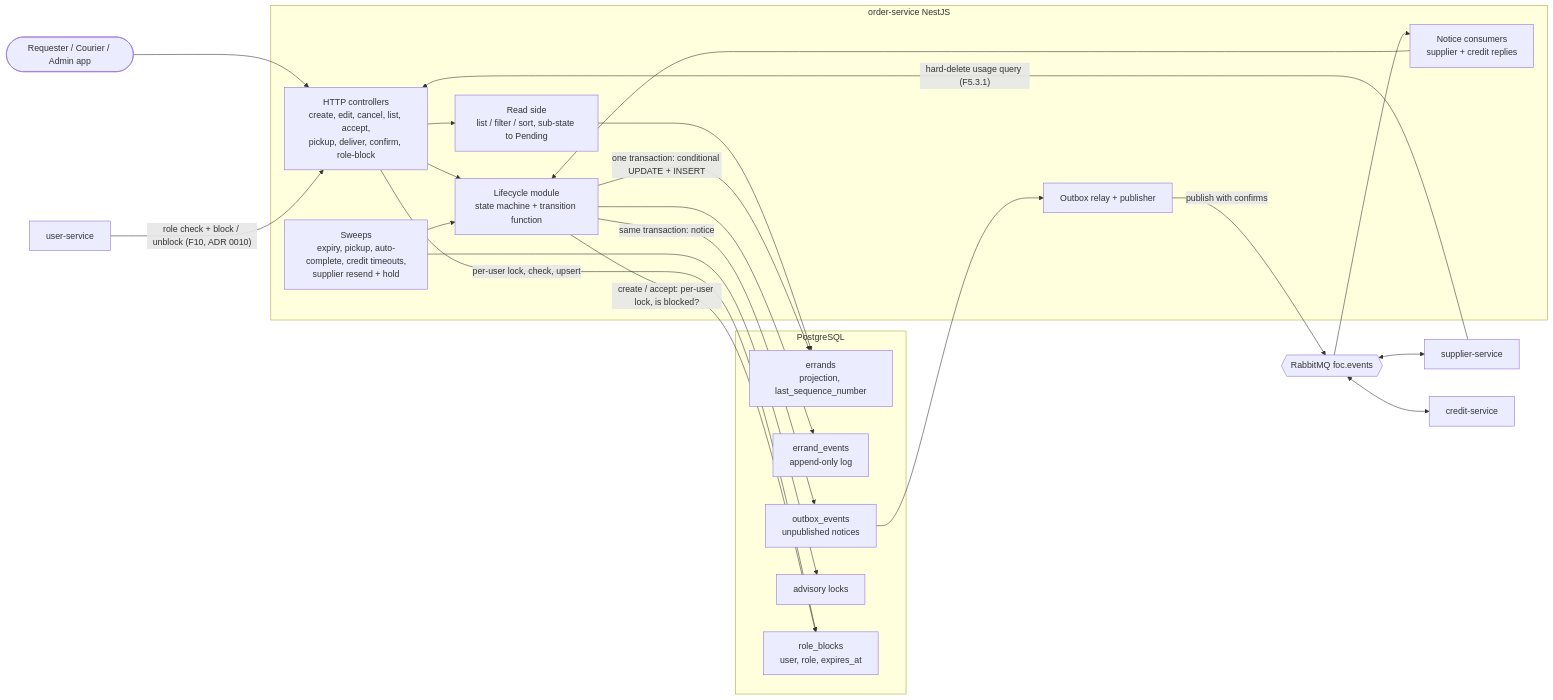
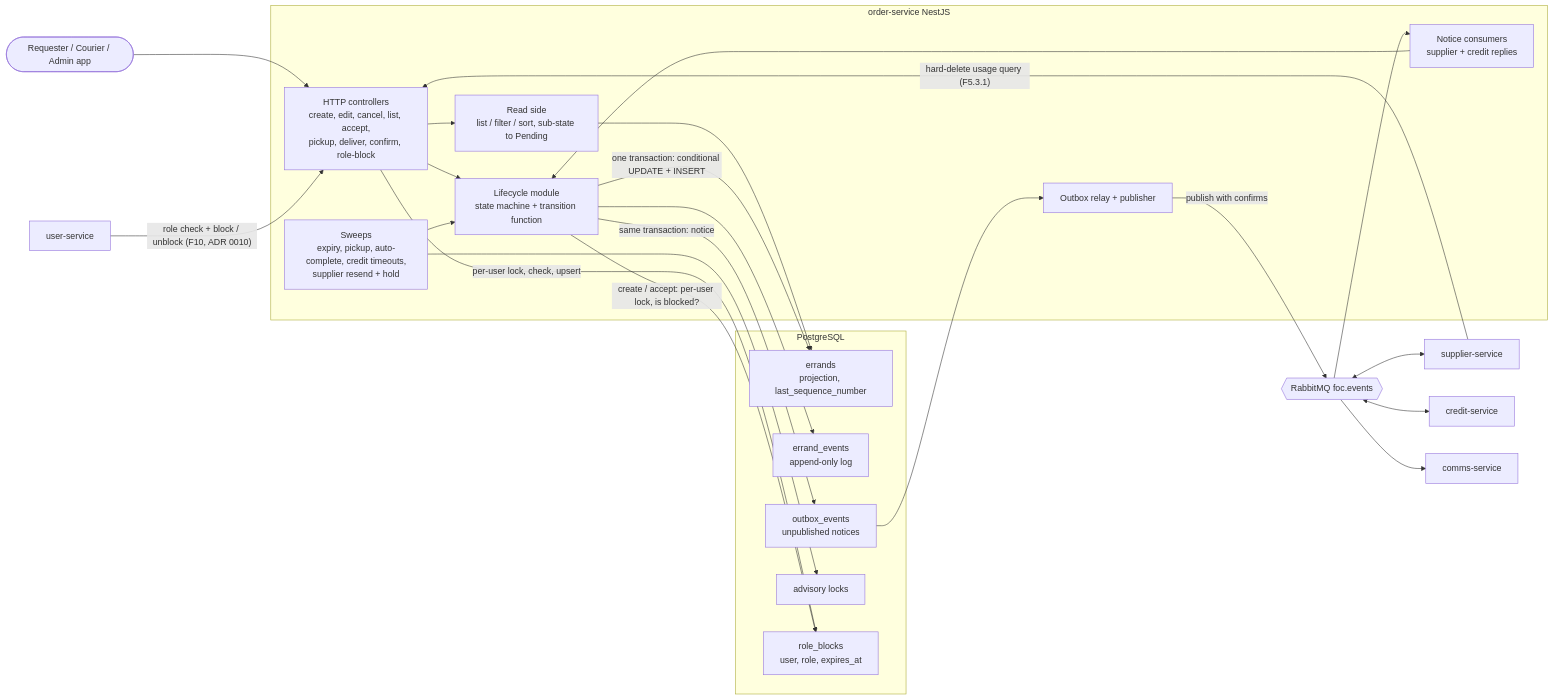
One commit to AY2627S1-CS3219-P27/FoC changed the first of 4 diagrams in order-service/ARCHITECTURE.md. Above: the diagram before and after it, drawn with Mermaid. The commit also changed other lines of this file and 8 other files, not shown here.

````diff
--- a/order-service/ARCHITECTURE.md
+++ b/order-service/ARCHITECTURE.md
@@ -7,46 +7,48 @@
 ```mermaid
 flowchart LR
   Client([Requester / Courier / Admin app])
   User[user-service]
   Supplier[supplier-service]
   Credit[credit-service]
+  Comms[comms-service]
 
   subgraph OS[order-service NestJS]
     API[HTTP controllers<br/>create, edit, cancel, list, accept,<br/>pickup, deliver, confirm, role-block]
     Life[Lifecycle module<br/>state machine + transition function]
     Read[Read side<br/>list / filter / sort, sub-state to Pending]
     Consumers[Notice consumers<br/>supplier + credit replies]
     Outbox[Outbox relay + publisher]
     Sweeps[Sweeps<br/>expiry, pickup, auto-complete, credit timeouts,<br/>supplier resend + hold]
   end
 
   subgraph PG[PostgreSQL]
     Errands[errands<br/>projection, last_sequence_number]
     Events[errand_events<br/>append-only log]
     OutboxT[outbox_events<br/>unpublished notices]
     Locks[advisory locks]
     Blocks[role_blocks<br/>user, role, expires_at]
   end
 
   MQ{{RabbitMQ foc.events}}
 
   Client --> API
   User -- "role check + block / unblock (F10, ADR 0010)" --> API
   Supplier -- "hard-delete usage query (F5.3.1)" --> API
   API --> Life
   API --> Read
   Read --> Errands
   API -->|"per-user lock, check, upsert"| Blocks
   Life -->|"create / accept: per-user lock, is blocked?"| Blocks
   Life -->|"one transaction: conditional UPDATE + INSERT"| Errands
   Life --> Events
   Sweeps --> Locks
   Sweeps --> Life
   Life -->|"same transaction: notice"| OutboxT
   OutboxT --> Outbox
   Outbox -->|"publish with confirms"| MQ
   MQ --> Consumers
   Consumers --> Life
   MQ <--> Supplier
   MQ <--> Credit
+  MQ --> Comms
 ```
````
